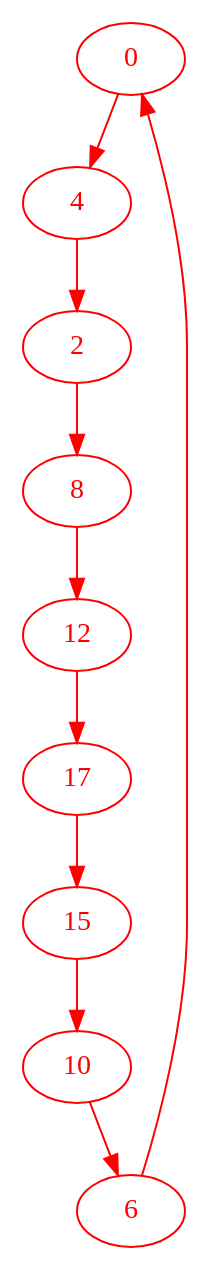
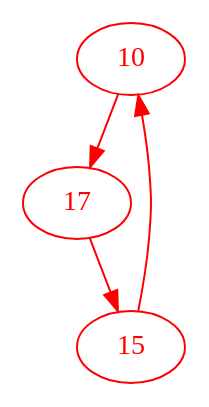
The diagram in molecules/benzanthracene/lewis/benzanthracene_5/cycle_0.dot (AdrienVaret/Benzenoids), drawn with Graphviz before and after one commit. The commit also changed 30 other files, not shown here.

```diff
--- a/molecules/benzanthracene/lewis/benzanthracene_5/cycle_0.dot
+++ b/molecules/benzanthracene/lewis/benzanthracene_5/cycle_0.dot
@@ -1,12 +1,6 @@
 digraph g{
-node [color = red, fontcolor=red]; 0 2 4 6 8 10 12 15 17 ;
-0 -> 4 [color=red] ;
-2 -> 8 [color=red] ;
-4 -> 2 [color=red] ;
-6 -> 0 [color=red] ;
-8 -> 12 [color=red] ;
-10 -> 6 [color=red] ;
-12 -> 17 [color=red] ;
+node [color = red, fontcolor=red]; 10 15 17 ;
+10 -> 17 [color=red] ;
 15 -> 10 [color=red] ;
 17 -> 15 [color=red] ;
 }
```
